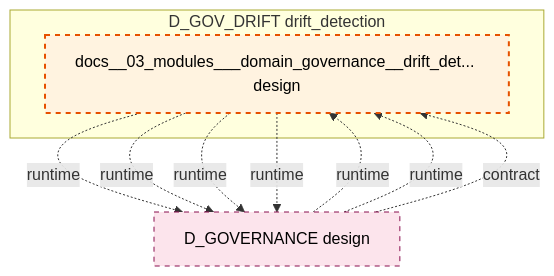
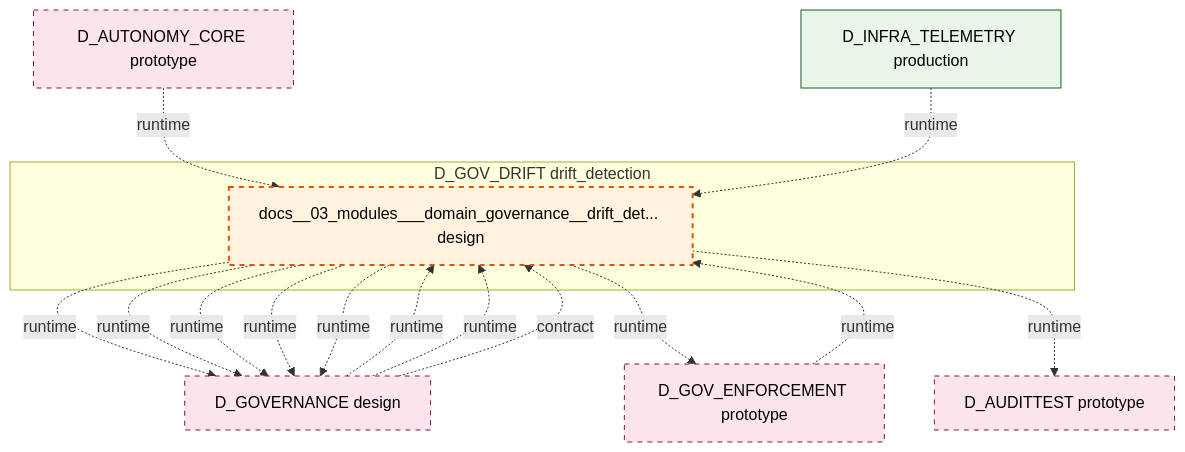
One commit to xuanFelixVan/ZephyrAlpha changed the diagram in docs/02_enterprise_architecture/02_domain_architecture_docs/34_d_gov_drift.md. Above: the diagram before and after it, drawn with Mermaid. The commit also changed other lines of this file and 100 other files, not shown here.

````diff
--- a/docs/02_enterprise_architecture/02_domain_architecture_docs/34_d_gov_drift.md
+++ b/docs/02_enterprise_architecture/02_domain_architecture_docs/34_d_gov_drift.md
@@ -47,20 +47,31 @@
 ```mermaid
 graph TD
     subgraph D_GOV_DRIFT["D_GOV_DRIFT drift_detection"]
         docs_03_modules_domain_governance_drift_detector_blueprint_md["docs__03_modules___domain_governance__drift_det... design"]
     end
     D_GOVERNANCE["D_GOVERNANCE design"]
     docs_03_modules_domain_governance_drift_detector_blueprint_md -.->|runtime| D_GOVERNANCE
     docs_03_modules_domain_governance_drift_detector_blueprint_md -.->|runtime| D_GOVERNANCE
+    D_GOV_ENFORCEMENT["D_GOV_ENFORCEMENT prototype"]
+    docs_03_modules_domain_governance_drift_detector_blueprint_md -.->|runtime| D_GOV_ENFORCEMENT
+    D_AUDITTEST["D_AUDITTEST prototype"]
+    docs_03_modules_domain_governance_drift_detector_blueprint_md -.->|runtime| D_AUDITTEST
     docs_03_modules_domain_governance_drift_detector_blueprint_md -.->|runtime| D_GOVERNANCE
     docs_03_modules_domain_governance_drift_detector_blueprint_md -.->|runtime| D_GOVERNANCE
+    docs_03_modules_domain_governance_drift_detector_blueprint_md -.->|runtime| D_GOVERNANCE
+    D_GOV_ENFORCEMENT -.->|runtime| docs_03_modules_domain_governance_drift_detector_blueprint_md
     D_GOVERNANCE -.->|runtime| docs_03_modules_domain_governance_drift_detector_blueprint_md
     D_GOVERNANCE -.->|runtime| docs_03_modules_domain_governance_drift_detector_blueprint_md
     D_GOVERNANCE -.->|contract| docs_03_modules_domain_governance_drift_detector_blueprint_md
+    D_AUTONOMY_CORE["D_AUTONOMY_CORE prototype"]
+    D_AUTONOMY_CORE -.->|runtime| docs_03_modules_domain_governance_drift_detector_blueprint_md
+    D_INFRA_TELEMETRY["D_INFRA_TELEMETRY production"]
+    D_INFRA_TELEMETRY -.->|runtime| docs_03_modules_domain_governance_drift_detector_blueprint_md
     classDef production fill:#e1f5fe,stroke:#01579b,stroke-width:2px,color:#000
     classDef design fill:#fff3e0,stroke:#e65100,stroke-width:2px,color:#000,stroke-dasharray: 5 5
     classDef external_prod fill:#e8f5e9,stroke:#1b5e20,stroke-width:1px,color:#000
     classDef external_design fill:#fce4ec,stroke:#880e4f,stroke-width:1px,color:#000,stroke-dasharray: 5 5
     class docs_03_modules_domain_governance_drift_detector_blueprint_md design
-    class D_GOVERNANCE external_design
+    class D_INFRA_TELEMETRY external_prod
+    class D_GOVERNANCE,D_GOV_ENFORCEMENT,D_AUDITTEST,D_AUTONOMY_CORE external_design
 ```
````
